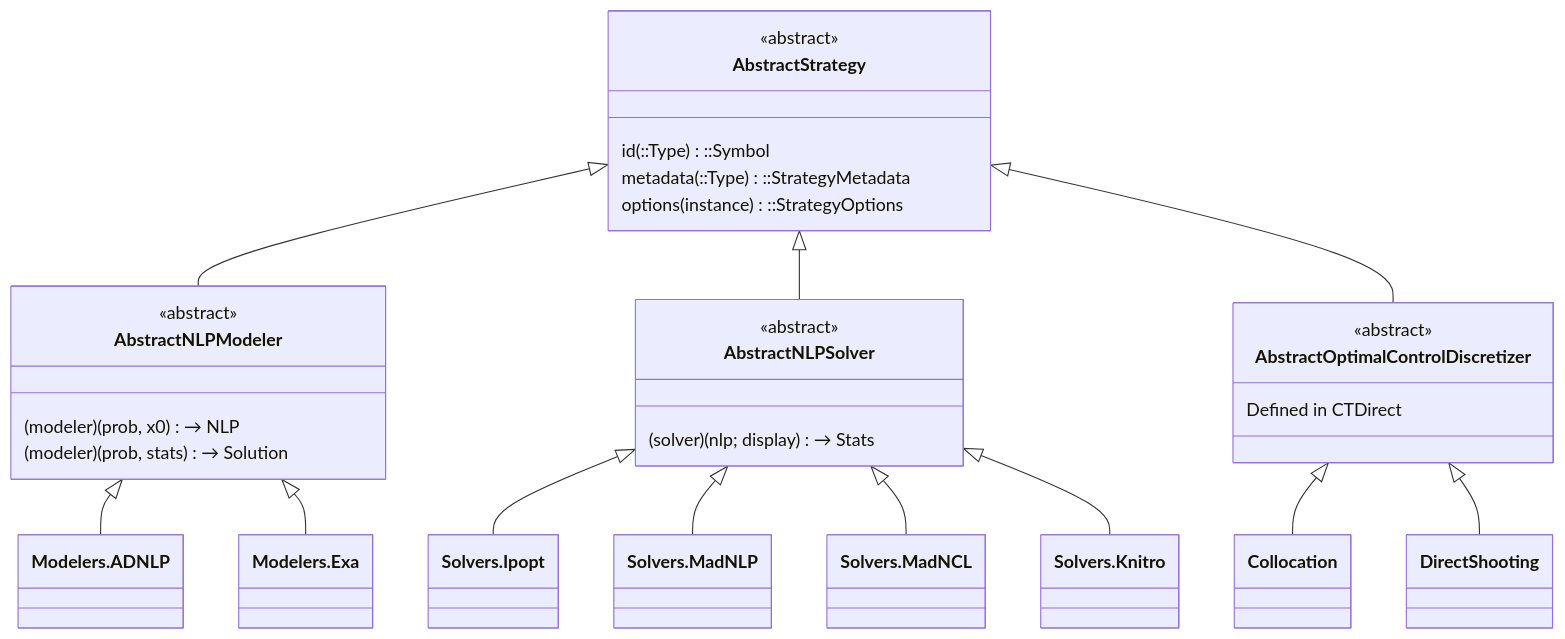
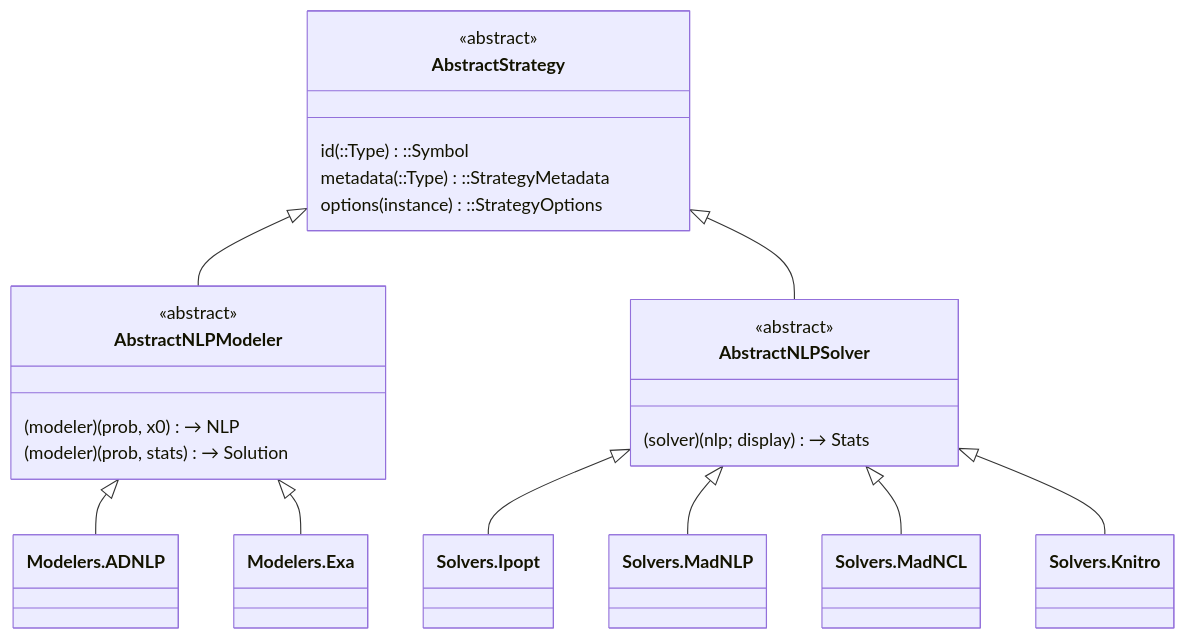
The first of 7 diagrams in docs/src/architecture.md (control-toolbox/CTSolvers.jl), drawn with Mermaid before and after one commit. The commit also changed other lines of this file and 5 other files, not shown here.

````diff
--- a/docs/src/architecture.md
+++ b/docs/src/architecture.md
@@ -44,38 +44,30 @@
 ```mermaid
 classDiagram
     direction TB
     class AbstractStrategy {
         <<abstract>>
         id(::Type)::Symbol
         metadata(::Type)::StrategyMetadata
         options(instance)::StrategyOptions
     }
 
     AbstractStrategy <|-- AbstractNLPModeler
     AbstractStrategy <|-- AbstractNLPSolver
-    AbstractStrategy <|-- AbstractOptimalControlDiscretizer
 
     class AbstractNLPModeler {
         <<abstract>>
         (modeler)(prob, x0) → NLP
         (modeler)(prob, stats) → Solution
     }
     AbstractNLPModeler <|-- Modelers.ADNLP
     AbstractNLPModeler <|-- Modelers.Exa
 
     class AbstractNLPSolver {
         <<abstract>>
         (solver)(nlp; display) → Stats
     }
     AbstractNLPSolver <|-- Solvers.Ipopt
     AbstractNLPSolver <|-- Solvers.MadNLP
     AbstractNLPSolver <|-- Solvers.MadNCL
     AbstractNLPSolver <|-- Solvers.Knitro
-
-    class AbstractOptimalControlDiscretizer {
-        <<abstract>>
-        Defined in CTDirect
-    }
-    AbstractOptimalControlDiscretizer <|-- Collocation
-    AbstractOptimalControlDiscretizer <|-- DirectShooting
 ```
````
